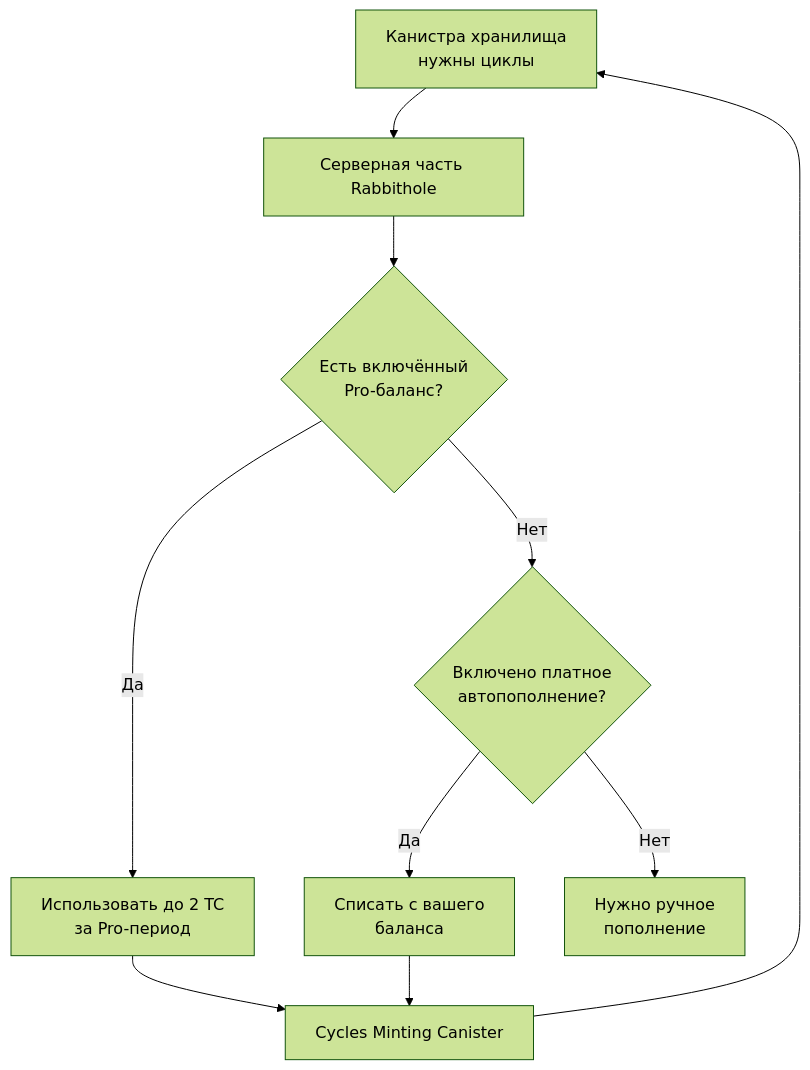
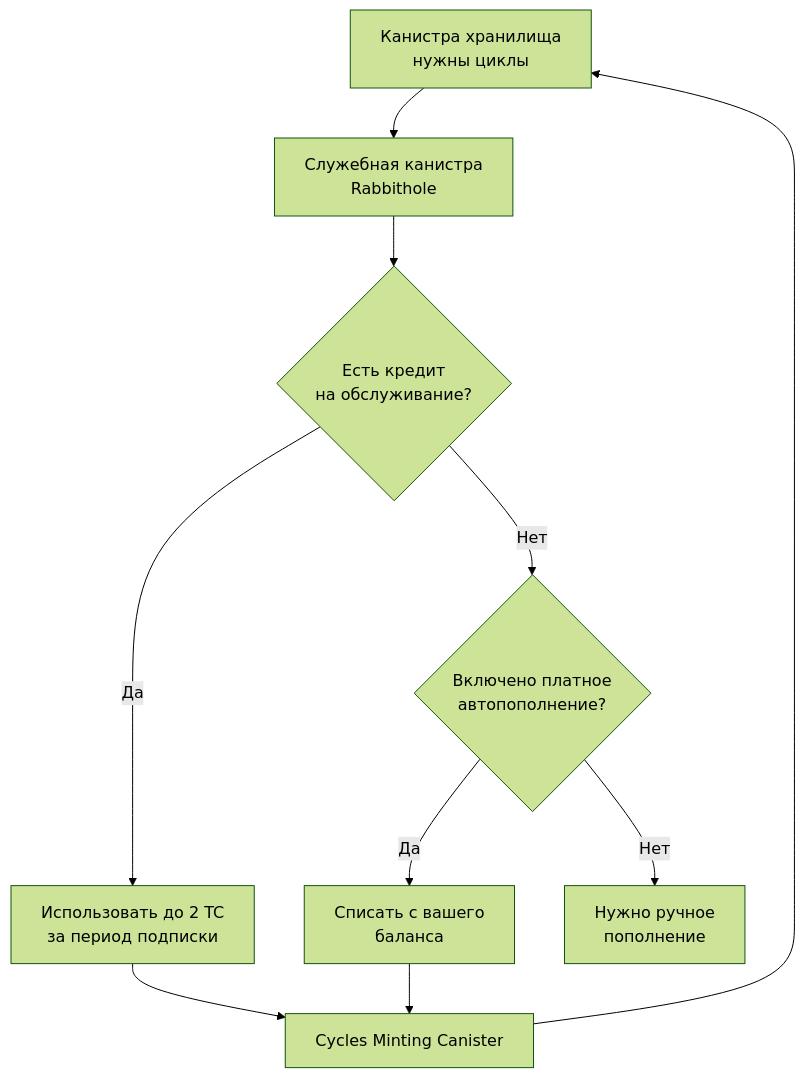
One commit to rabbithole-app/v2 changed the first of 3 diagrams in apps/docs/src/ru/how-it-works/payment.md. Above: the diagram before and after it, drawn with Mermaid (forest theme). The commit also changed other lines of this file and 35 other files, not shown here.

````diff
--- a/apps/docs/src/ru/how-it-works/payment.md
+++ b/apps/docs/src/ru/how-it-works/payment.md
@@ -54,12 +60,12 @@
 ```mermaid
 flowchart TD
-    S["Канистра хранилища<br/>нужны циклы"] --> B["Серверная часть Rabbithole"]
-    B --> I{"Есть включённый<br/>Pro-баланс?"}
-    I -->|Да| P["Использовать до 2 TC<br/>за Pro-период"]
+    S["Канистра хранилища<br/>нужны циклы"] --> B["Служебная канистра<br/>Rabbithole"]
+    B --> I{"Есть кредит<br/>на обслуживание?"}
+    I -->|Да| P["Использовать до 2 TC<br/>за период подписки"]
     I -->|Нет| A{"Включено платное<br/>автопополнение?"}
     A -->|Да| U["Списать с вашего<br/>баланса"]
     A -->|Нет| M["Нужно ручное<br/>пополнение"]
     P --> CMC["Cycles Minting Canister"]
     U --> CMC
     CMC --> S
 ```
````
